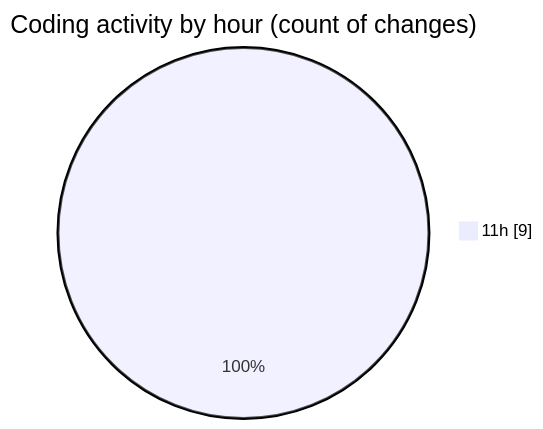
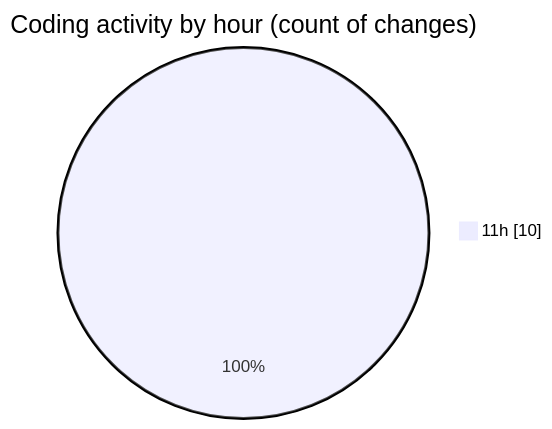
Before and after one commit to shibass792/code-tracking: the second of 2 diagrams in 2026-07-16/panel/README.md, drawn with Mermaid. The commit also changed other lines of this file and 1 other file, not shown here.

````diff
--- a/2026-07-16/panel/README.md
+++ b/2026-07-16/panel/README.md
@@ -28,5 +28,5 @@
 ```mermaid
 pie showData
 title Coding activity by hour (count of changes)
-"11h" : 9
+"11h" : 10
 ```
````
